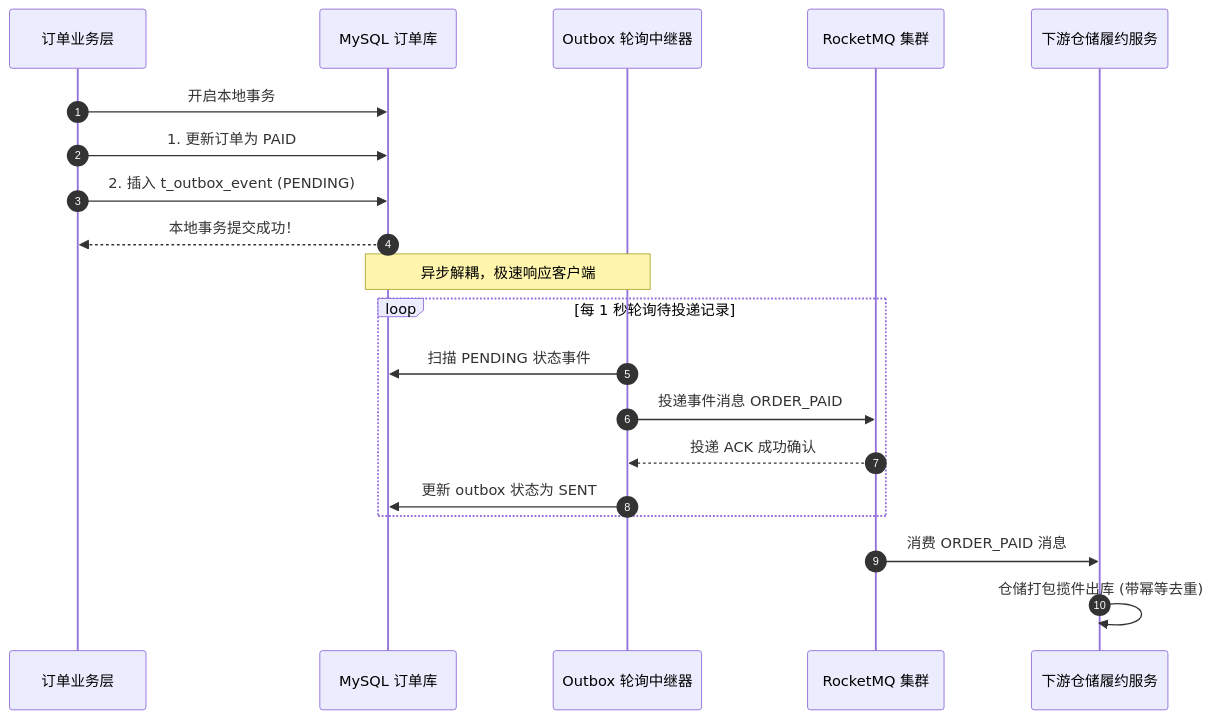
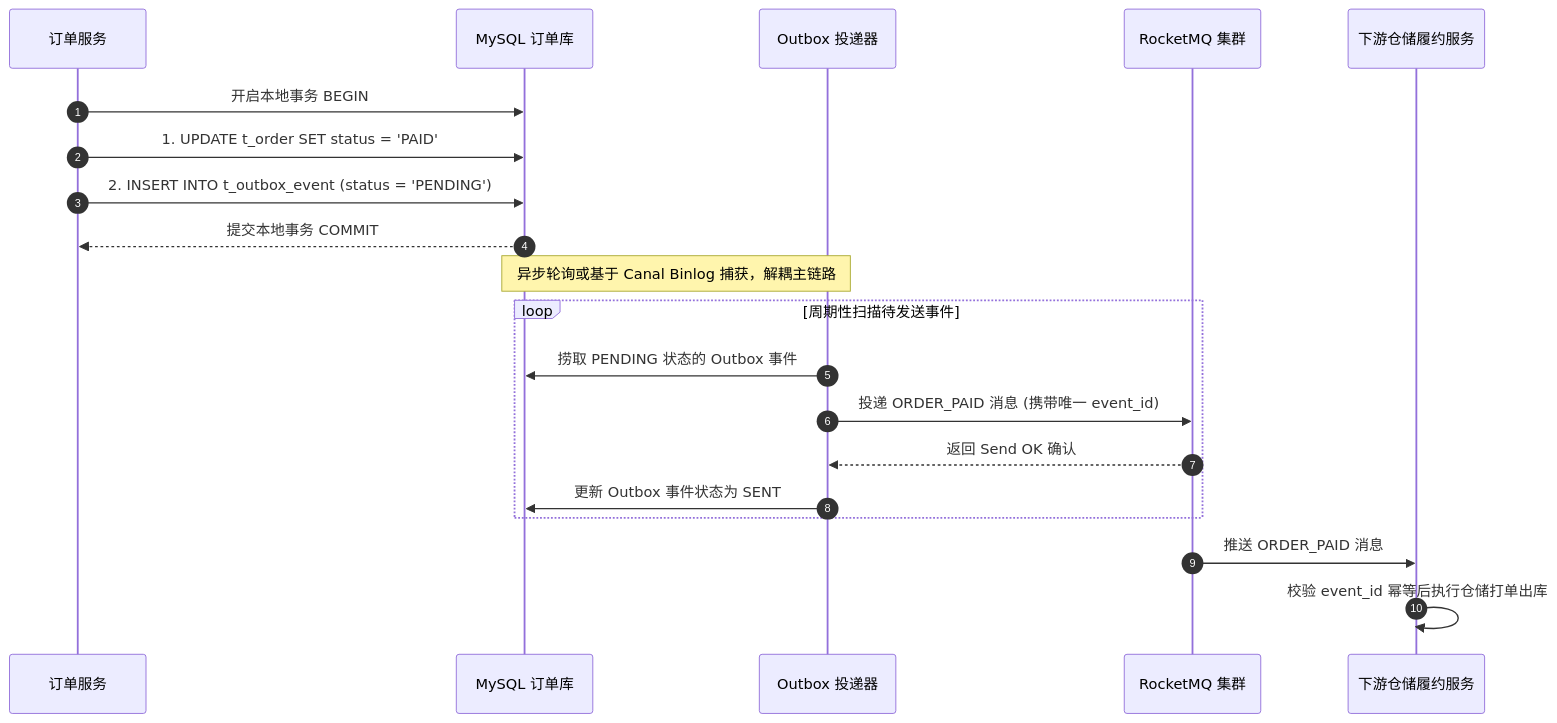
One commit to GuoWWWX/knowledge-base changed the second of 3 diagrams in 20-Java后端/09-项目实战/03-项目-订单履约系统.md. Above: the diagram before and after it, drawn with Mermaid. The commit also changed other lines of this file and 251 other files, not shown here.

````diff
--- a/20-Java后端/09-项目实战/03-项目-订单履约系统.md
+++ b/20-Java后端/09-项目实战/03-项目-订单履约系统.md
@@ -202,25 +184,25 @@
 ```mermaid
 sequenceDiagram
     autonumber
-    participant Biz as 订单业务层
+    participant Biz as 订单服务
     participant DB as MySQL 订单库
-    participant Relay as Outbox 轮询中继器
+    participant Relay as Outbox 投递器
     participant MQ as RocketMQ 集群
     participant StockSvc as 下游仓储履约服务
 
-    Biz->>DB: 开启本地事务
-    Biz->>DB: 1. 更新订单为 PAID
-    Biz->>DB: 2. 插入 t_outbox_event (PENDING)
-    DB-->>Biz: 本地事务提交成功！
+    Biz->>DB: 开启本地事务 BEGIN
+    Biz->>DB: 1. UPDATE t_order SET status = 'PAID'
+    Biz->>DB: 2. INSERT INTO t_outbox_event (status = 'PENDING')
+    DB-->>Biz: 提交本地事务 COMMIT
 
-    Note over Relay,DB: 异步解耦，极速响应客户端
-    loop 每 1 秒轮询待投递记录
-        Relay->>DB: 扫描 PENDING 状态事件
-        Relay->>MQ: 投递事件消息 ORDER_PAID
-        MQ-->>Relay: 投递 ACK 成功确认
-        Relay->>DB: 更新 outbox 状态为 SENT
+    Note over Relay,DB: 异步轮询或基于 Canal Binlog 捕获，解耦主链路
+    loop 周期性扫描待发送事件
+        Relay->>DB: 捞取 PENDING 状态的 Outbox 事件
+        Relay->>MQ: 投递 ORDER_PAID 消息 (携带唯一 event_id)
+        MQ-->>Relay: 返回 Send OK 确认
+        Relay->>DB: 更新 Outbox 事件状态为 SENT
     end
 
-    MQ->>StockSvc: 消费 ORDER_PAID 消息
-    StockSvc->>StockSvc: 仓储打包揽件出库 (带幂等去重)
+    MQ->>StockSvc: 推送 ORDER_PAID 消息
+    StockSvc->>StockSvc: 校验 event_id 幂等后执行仓储打单出库
 ```
````
